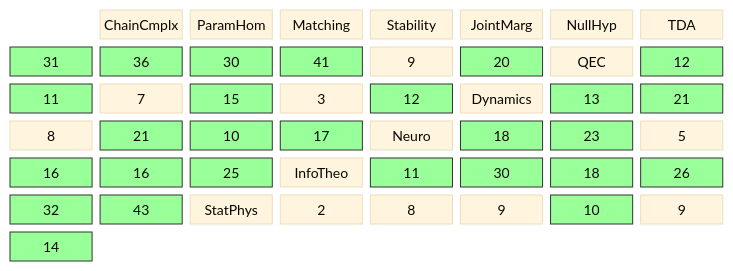
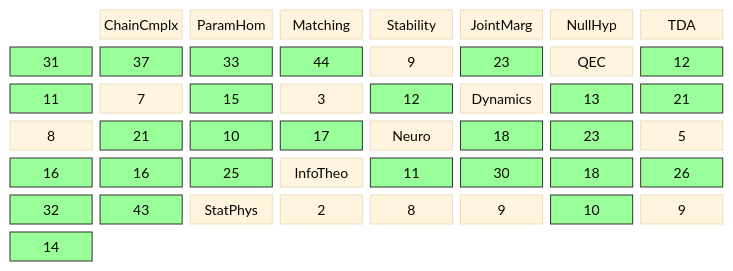
Before and after one commit to musicofhel/topoyolo: the diagram in diagrams/coverage-matrix.md, drawn with Mermaid. The commit also changed other lines of this file and 10 other files, not shown here.

````diff
--- a/diagrams/coverage-matrix.md
+++ b/diagrams/coverage-matrix.md
@@ -22,41 +22,41 @@
 ```mermaid
 %%{init: {'theme': 'base', 'themeVariables': {'fontSize': '14px'}}}%%
 block-beta
   columns 8
 
   space:1 CC["ChainCmplx"] PH["ParamHom"] MA["Matching"] ST["Stability"] JM["JointMarg"] NH["NullHyp"]
 
-  TDA["TDA"] TDA_CC["31"] TDA_PH["36"] TDA_MA["30"] TDA_ST["41"] TDA_JM["9"] TDA_NH["20"]
+  TDA["TDA"] TDA_CC["31"] TDA_PH["37"] TDA_MA["33"] TDA_ST["44"] TDA_JM["9"] TDA_NH["23"]
   QEC["QEC"] QEC_CC["12"] QEC_PH["11"] QEC_MA["7"] QEC_ST["15"] QEC_JM["3"] QEC_NH["12"]
   DYN["Dynamics"] DYN_CC["13"] DYN_PH["21"] DYN_MA["8"] DYN_ST["21"] DYN_JM["10"] DYN_NH["17"]
   NEU["Neuro"] NEU_CC["18"] NEU_PH["23"] NEU_MA["5"] NEU_ST["16"] NEU_JM["16"] NEU_NH["25"]
   IT["InfoTheo"] IT_CC["11"] IT_PH["30"] IT_MA["18"] IT_ST["26"] IT_JM["32"] IT_NH["43"]
   SP["StatPhys"] SP_CC["2"] SP_PH["8"] SP_MA["9"] SP_ST["10"] SP_JM["9"] SP_NH["14"]
   style TDA_CC fill:#9f9,stroke:#333
   style TDA_PH fill:#9f9,stroke:#333
   style TDA_MA fill:#9f9,stroke:#333
   style TDA_ST fill:#9f9,stroke:#333
   style TDA_NH fill:#9f9,stroke:#333
   style QEC_CC fill:#9f9,stroke:#333
   style QEC_PH fill:#9f9,stroke:#333
   style QEC_ST fill:#9f9,stroke:#333
   style QEC_NH fill:#9f9,stroke:#333
   style DYN_CC fill:#9f9,stroke:#333
   style DYN_PH fill:#9f9,stroke:#333
   style DYN_ST fill:#9f9,stroke:#333
   style DYN_JM fill:#9f9,stroke:#333
   style DYN_NH fill:#9f9,stroke:#333
   style NEU_CC fill:#9f9,stroke:#333
   style NEU_PH fill:#9f9,stroke:#333
   style NEU_ST fill:#9f9,stroke:#333
   style NEU_JM fill:#9f9,stroke:#333
   style NEU_NH fill:#9f9,stroke:#333
   style IT_CC fill:#9f9,stroke:#333
   style IT_PH fill:#9f9,stroke:#333
   style IT_MA fill:#9f9,stroke:#333
   style IT_ST fill:#9f9,stroke:#333
   style IT_JM fill:#9f9,stroke:#333
   style IT_NH fill:#9f9,stroke:#333
   style SP_ST fill:#9f9,stroke:#333
   style SP_NH fill:#9f9,stroke:#333
 ```
````
